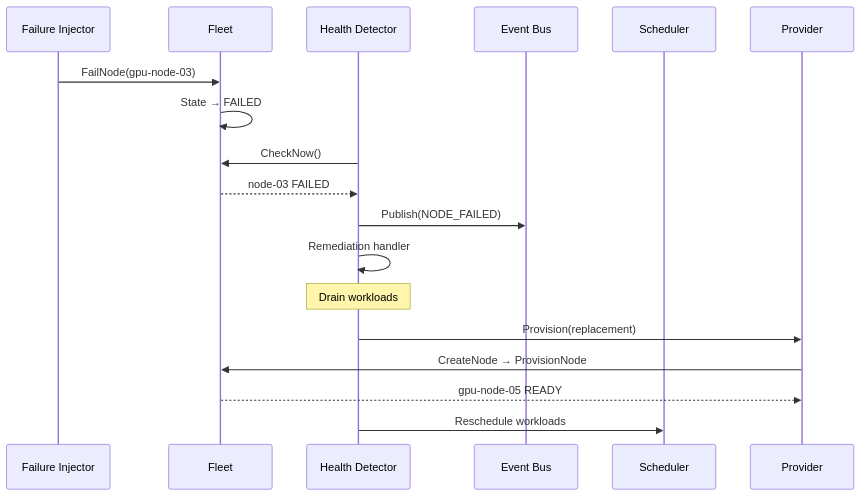
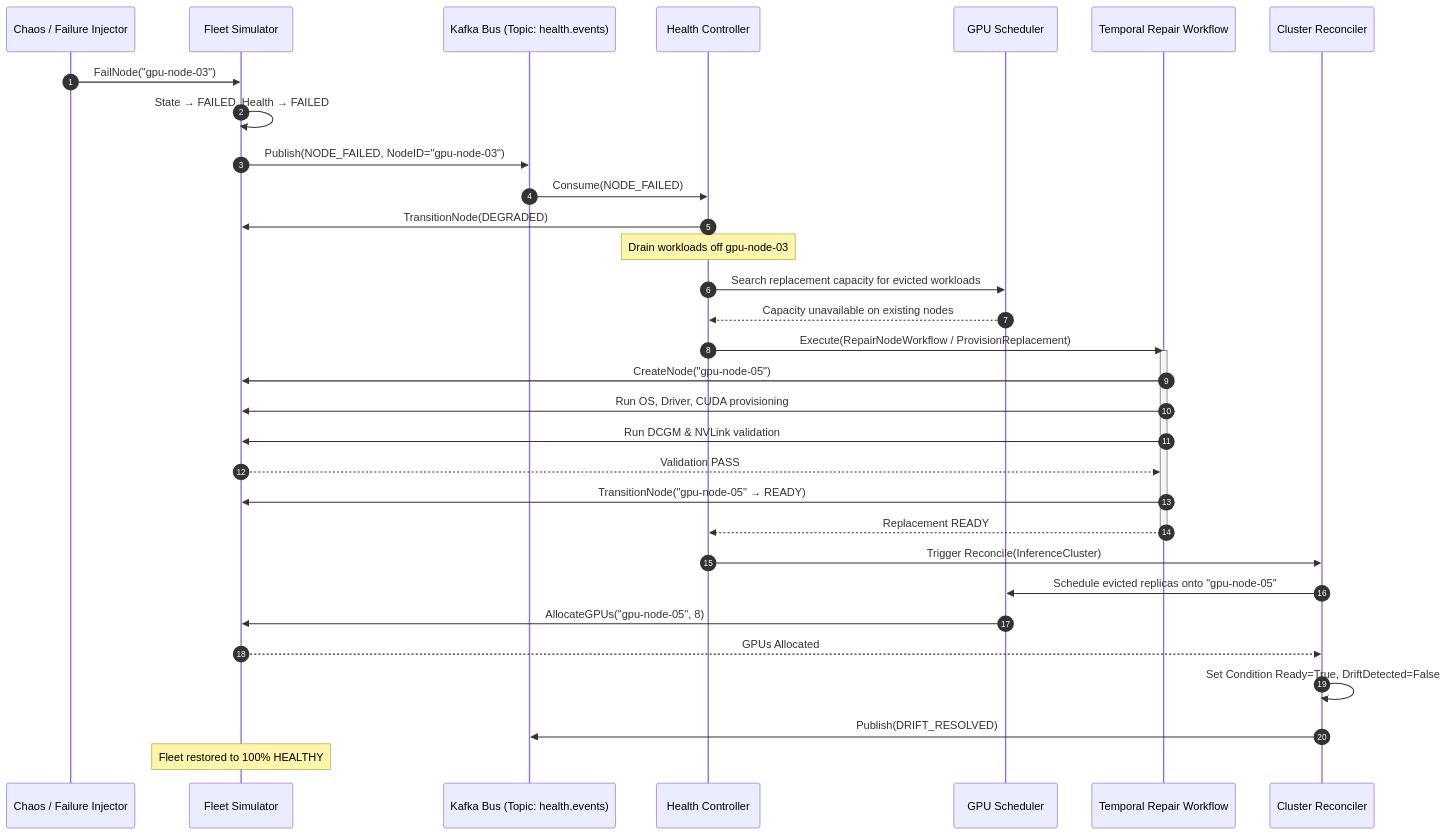
Before and after one commit to sailesh3010/GPUFlow: the fifth of 6 diagrams in docs/architecture.md, drawn with Mermaid. The commit also changed other lines of this file and 3 other files, not shown here.

Commit message:
docs: add comprehensive architectural and sequence diagrams

````diff
--- a/docs/architecture.md
+++ b/docs/architecture.md
@@ -59,21 +279,41 @@
 ```mermaid
 sequenceDiagram
-    participant Failure as Failure Injector
-    participant Fleet
-    participant Health as Health Detector
-    participant Bus as Event Bus
-    participant Scheduler
-    participant Provider
+    autonumber
+    participant Chaos as Chaos / Failure Injector
+    participant Fleet as Fleet Simulator
+    participant Kafka as Kafka Bus (Topic: health.events)
+    participant Health as Health Controller
+    participant Sched as GPU Scheduler
+    participant Temporal as Temporal Repair Workflow
+    participant Clust as Cluster Reconciler
 
-    Failure->>Fleet: FailNode(gpu-node-03)
-    Fleet->>Fleet: State → FAILED
-    Health->>Fleet: CheckNow()
-    Fleet-->>Health: node-03 FAILED
-    Health->>Bus: Publish(NODE_FAILED)
-    Health->>Health: Remediation handler
-    Note over Health: Drain workloads
-    Health->>Provider: Provision(replacement)
-    Provider->>Fleet: CreateNode → ProvisionNode
-    Fleet-->>Provider: gpu-node-05 READY
-    Health->>Scheduler: Reschedule workloads
+    Chaos->>Fleet: FailNode("gpu-node-03")
+    Fleet->>Fleet: State → FAILED, Health → FAILED
+    Fleet->>Kafka: Publish(NODE_FAILED, NodeID="gpu-node-03")
+
+    Kafka->>Health: Consume(NODE_FAILED)
+    Health->>Fleet: TransitionNode(DEGRADED)
+    Note over Health: Drain workloads off gpu-node-03
+
+    Health->>Sched: Search replacement capacity for evicted workloads
+    Sched-->>Health: Capacity unavailable on existing nodes
+
+    Health->>Temporal: Execute(RepairNodeWorkflow / ProvisionReplacement)
+    activate Temporal
+    Temporal->>Fleet: CreateNode("gpu-node-05")
+    Temporal->>Fleet: Run OS, Driver, CUDA provisioning
+    Temporal->>Fleet: Run DCGM & NVLink validation
+    Fleet-->>Temporal: Validation PASS
+    Temporal->>Fleet: TransitionNode("gpu-node-05" → READY)
+    Temporal-->>Health: Replacement READY
+    deactivate Temporal
+
+    Health->>Clust: Trigger Reconcile(InferenceCluster)
+    Clust->>Sched: Schedule evicted replicas onto "gpu-node-05"
+    Sched->>Fleet: AllocateGPUs("gpu-node-05", 8)
+    Fleet-->>Clust: GPUs Allocated
+
+    Clust->>Clust: Set Condition Ready=True, DriftDetected=False
+    Clust->>Kafka: Publish(DRIFT_RESOLVED)
+    Note over Fleet: Fleet restored to 100% HEALTHY
 ```
````
